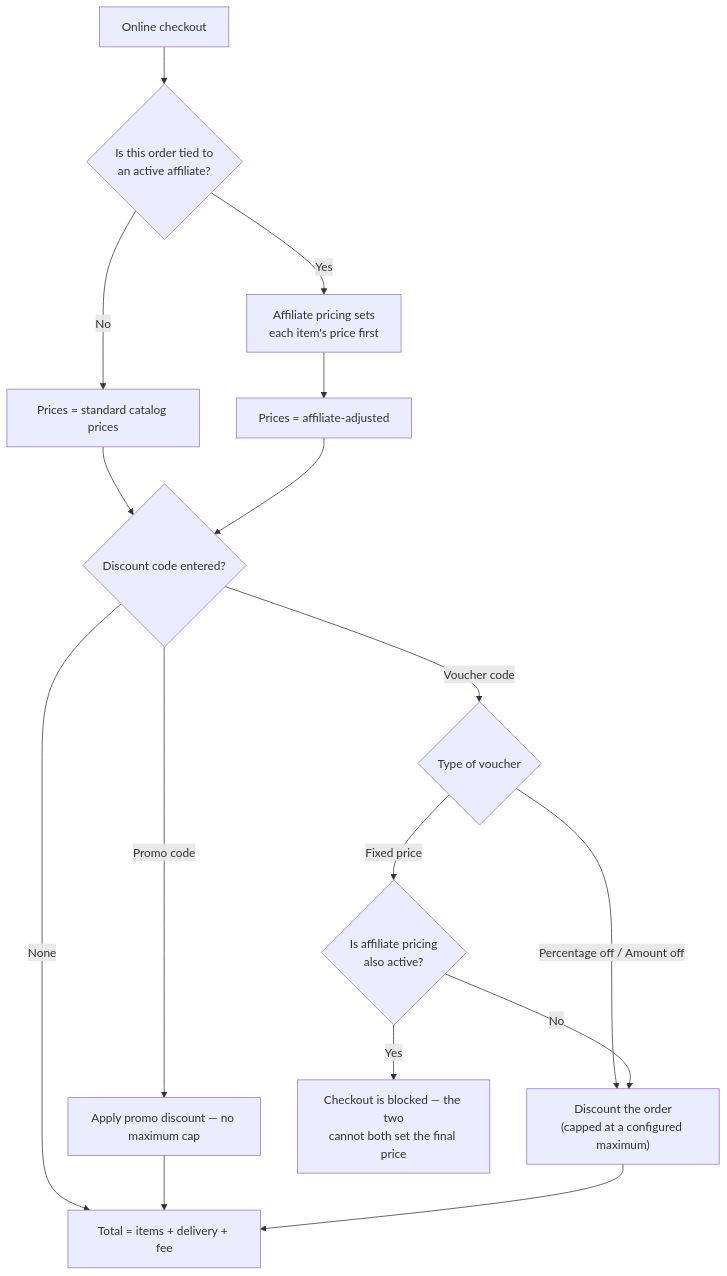
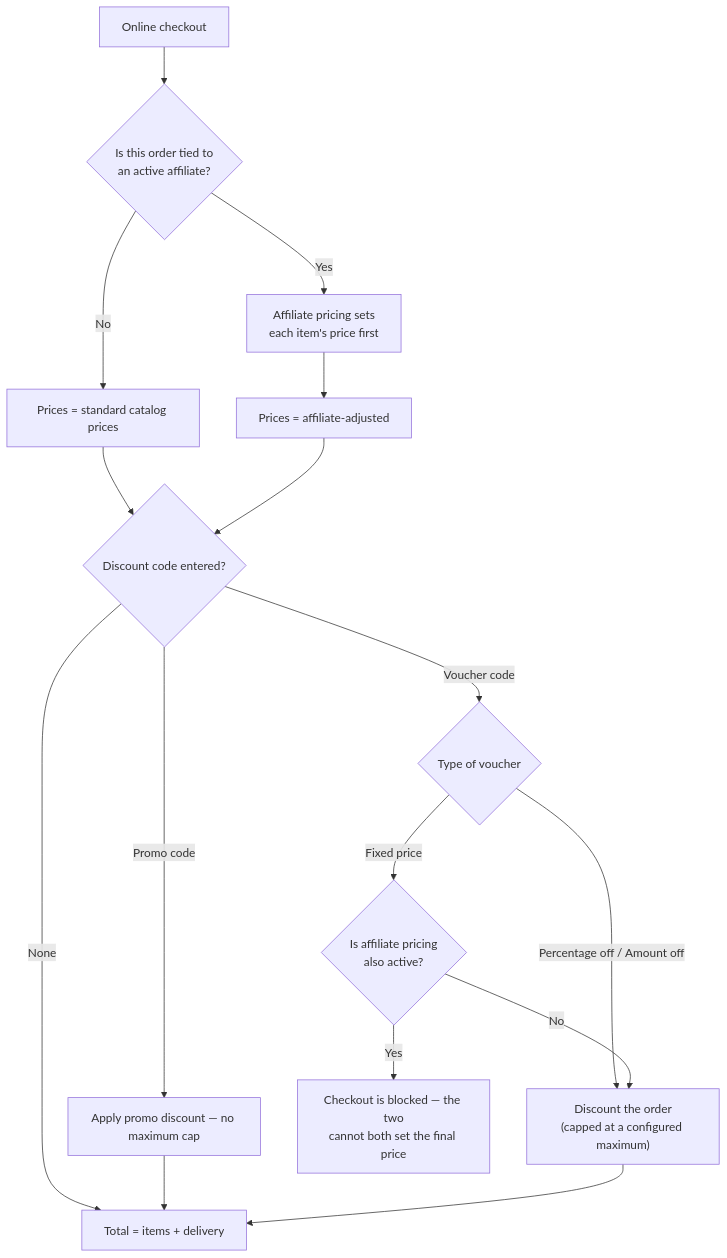
The third of 3 diagrams in docs/features/FUNDING_AND_DISCOUNT_STACKING_STAKEHOLDER_BRIEF.md (joshh-25/POS-DGFY), drawn with Mermaid before and after one commit. The commit also changed other lines of this file and 30 other files, not shown here.

````diff
--- a/docs/features/FUNDING_AND_DISCOUNT_STACKING_STAKEHOLDER_BRIEF.md
+++ b/docs/features/FUNDING_AND_DISCOUNT_STACKING_STAKEHOLDER_BRIEF.md
@@ -191,21 +187,21 @@
 ```mermaid
 flowchart TD
     Start["Online checkout"] --> Aff{"Is this order tied to<br/>an active affiliate?"}
     Aff -->|"Yes"| AffRule["Affiliate pricing sets<br/>each item's price first"]
     Aff -->|"No"| Sub["Prices = standard catalog prices"]
     AffRule --> Sub2["Prices = affiliate-adjusted"]
 
     Sub --> Code{"Discount code entered?"}
     Sub2 --> Code
-    Code -->|"None"| Total["Total = items + delivery + fee"]
+    Code -->|"None"| Total["Total = items + delivery"]
     Code -->|"Promo code"| PromoApply["Apply promo discount — no maximum cap"]
     Code -->|"Voucher code"| VClass{"Type of voucher"}
 
     VClass -->|"Percentage off / Amount off"| VApply["Discount the order<br/>(capped at a configured maximum)"]
     VClass -->|"Fixed price"| FixedCheck{"Is affiliate pricing<br/>also active?"}
     FixedCheck -->|"Yes"| Refused["Checkout is blocked — the two<br/>cannot both set the final price"]
     FixedCheck -->|"No"| VApply
 
     PromoApply --> Total
     VApply --> Total
 ```
````
